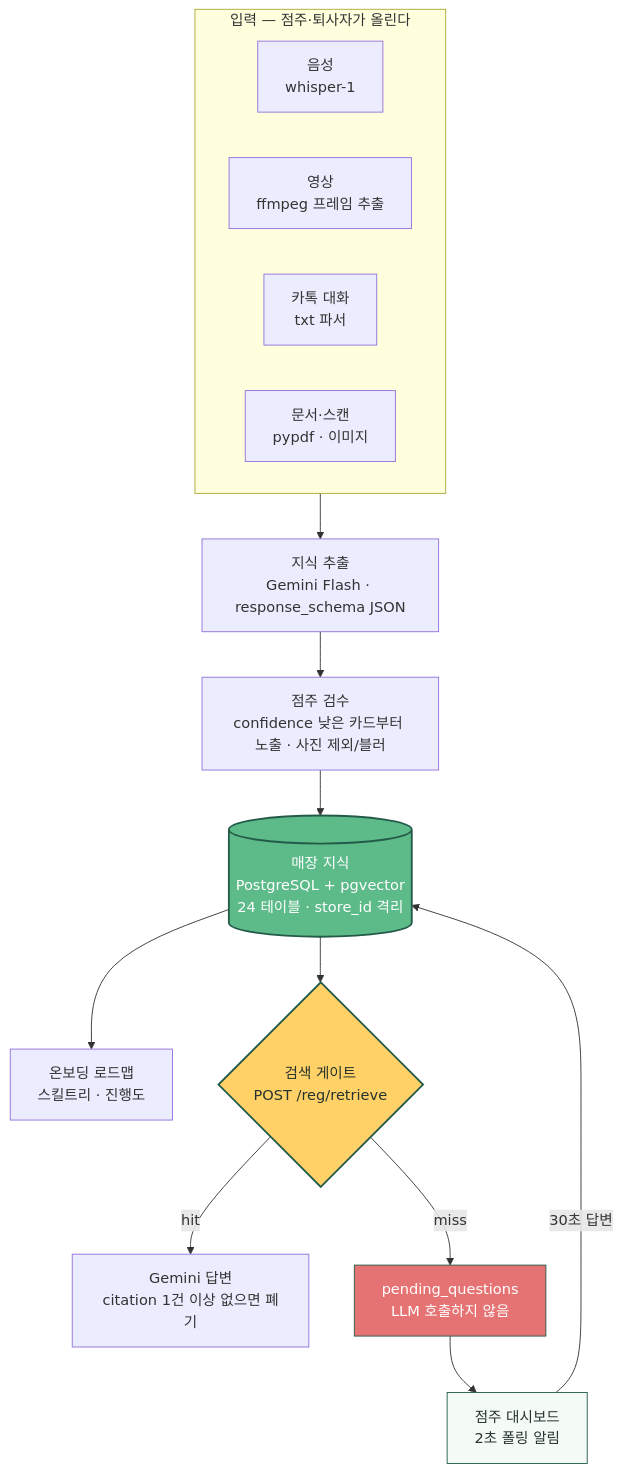
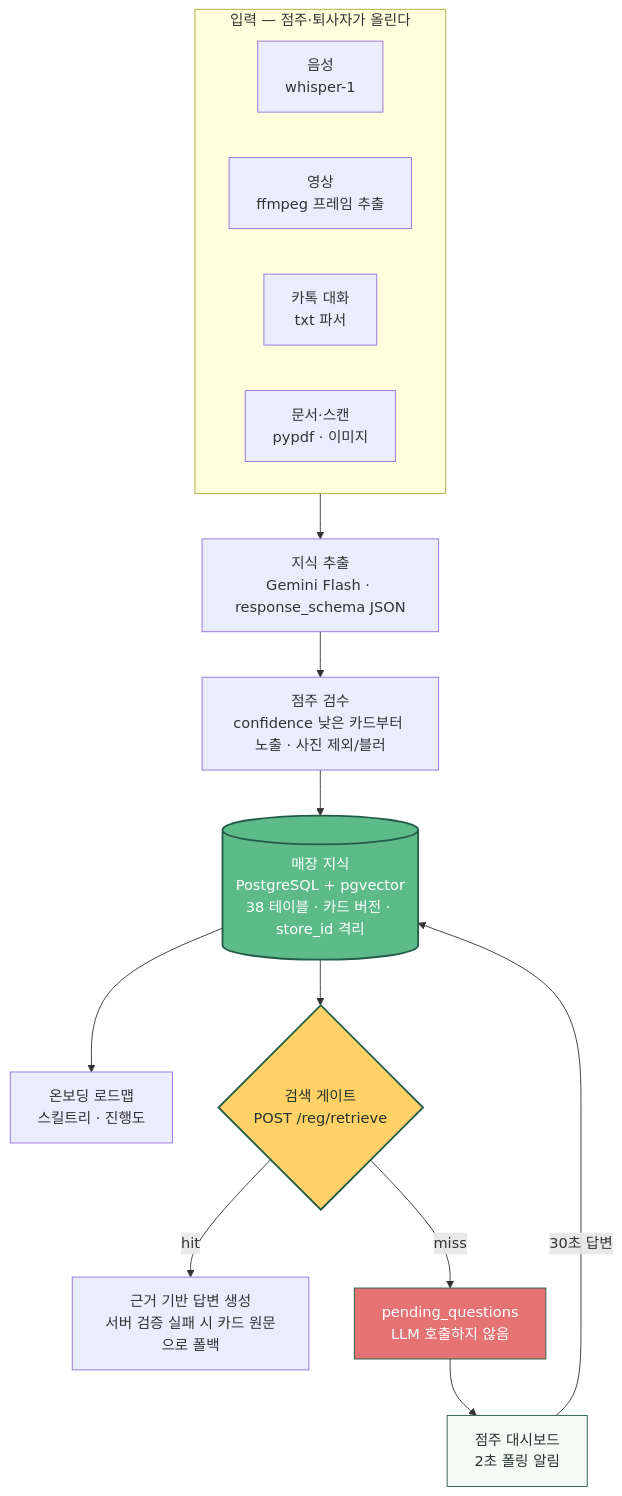
One commit to 2026-Unithon/AskBuddy changed the diagram in README.md. Above: the diagram before and after it, drawn with Mermaid. The commit also changed other lines of this file and 32 other files, not shown here.

````diff
--- a/README.md
+++ b/README.md
@@ -54,28 +54,28 @@
 ```mermaid
 flowchart TD
     subgraph IN [" 입력 — 점주·퇴사자가 올린다 "]
         direction LR
         A1["음성<br/>whisper-1"]
         A2["영상<br/>ffmpeg 프레임 추출"]
         A3["카톡 대화<br/>txt 파서"]
         A4["문서·스캔<br/>pypdf · 이미지"]
     end
 
     IN --> EX["지식 추출<br/>Gemini Flash · response_schema JSON"]
     EX --> RV["점주 검수<br/>confidence 낮은 카드부터 노출 · 사진 제외/블러"]
-    RV --> DB[("매장 지식<br/>PostgreSQL + pgvector<br/>24 테이블 · store_id 격리")]
+    RV --> DB[("매장 지식<br/>PostgreSQL + pgvector<br/>38 테이블 · 카드 버전 · store_id 격리")]
 
     DB --> RM["온보딩 로드맵<br/>스킬트리 · 진행도"]
     DB --> GATE{"검색 게이트<br/>POST /reg/retrieve"}
 
-    GATE -->|hit| ANS["Gemini 답변<br/>citation 1건 이상 없으면 폐기"]
+    GATE -->|hit| ANS["근거 기반 답변 생성<br/>서버 검증 실패 시 카드 원문으로 폴백"]
     GATE -->|miss| PQ["pending_questions<br/>LLM 호출하지 않음"]
 
     PQ --> OW["점주 대시보드<br/>2초 폴링 알림"]
     OW -->|"30초 답변"| DB
 
     style GATE fill:#FFD166,stroke:#245B48,stroke-width:2px,color:#26332E
     style PQ fill:#E57373,stroke:#245B48,color:#fff
     style DB fill:#5DBB8A,stroke:#245B48,stroke-width:2px,color:#fff
     style OW fill:#F4FAF6,stroke:#245B48,color:#26332E
 ```
````
